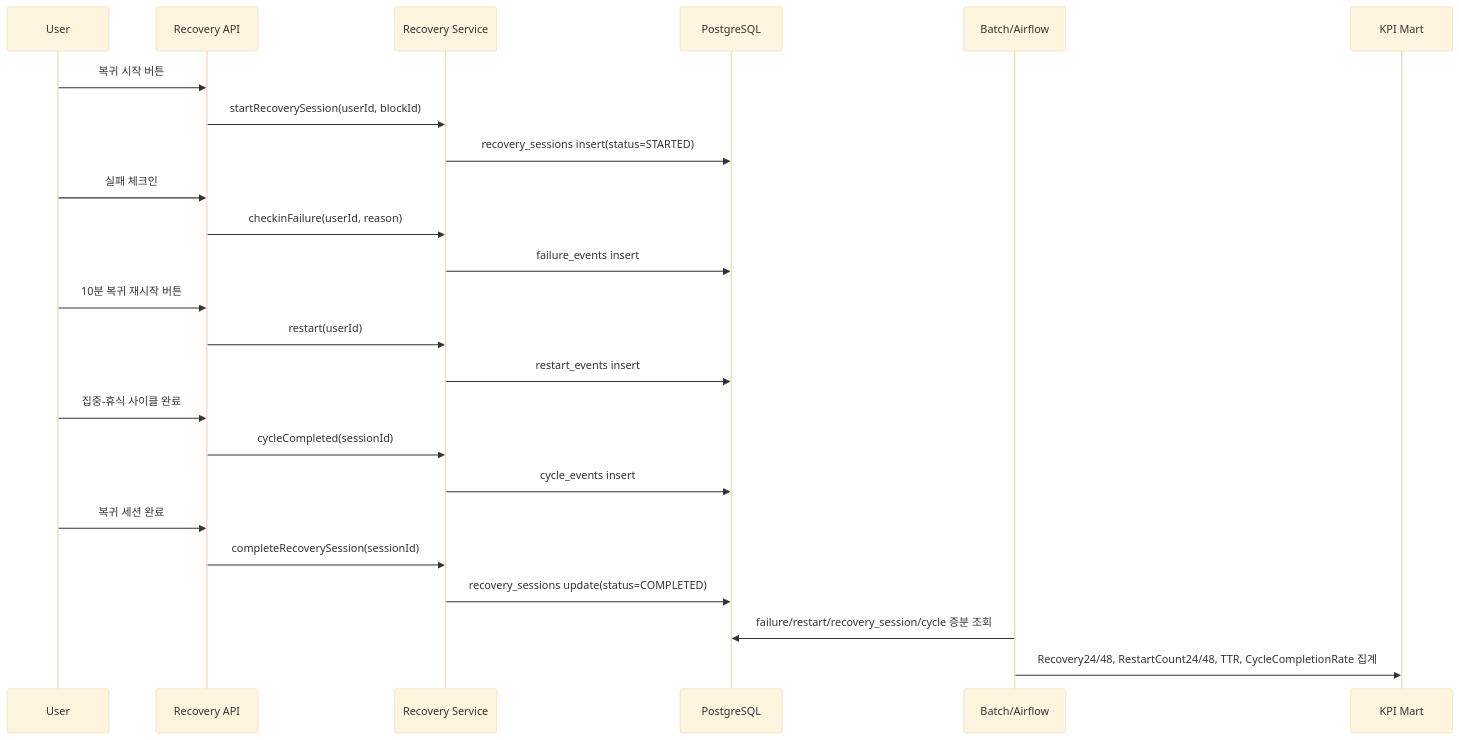
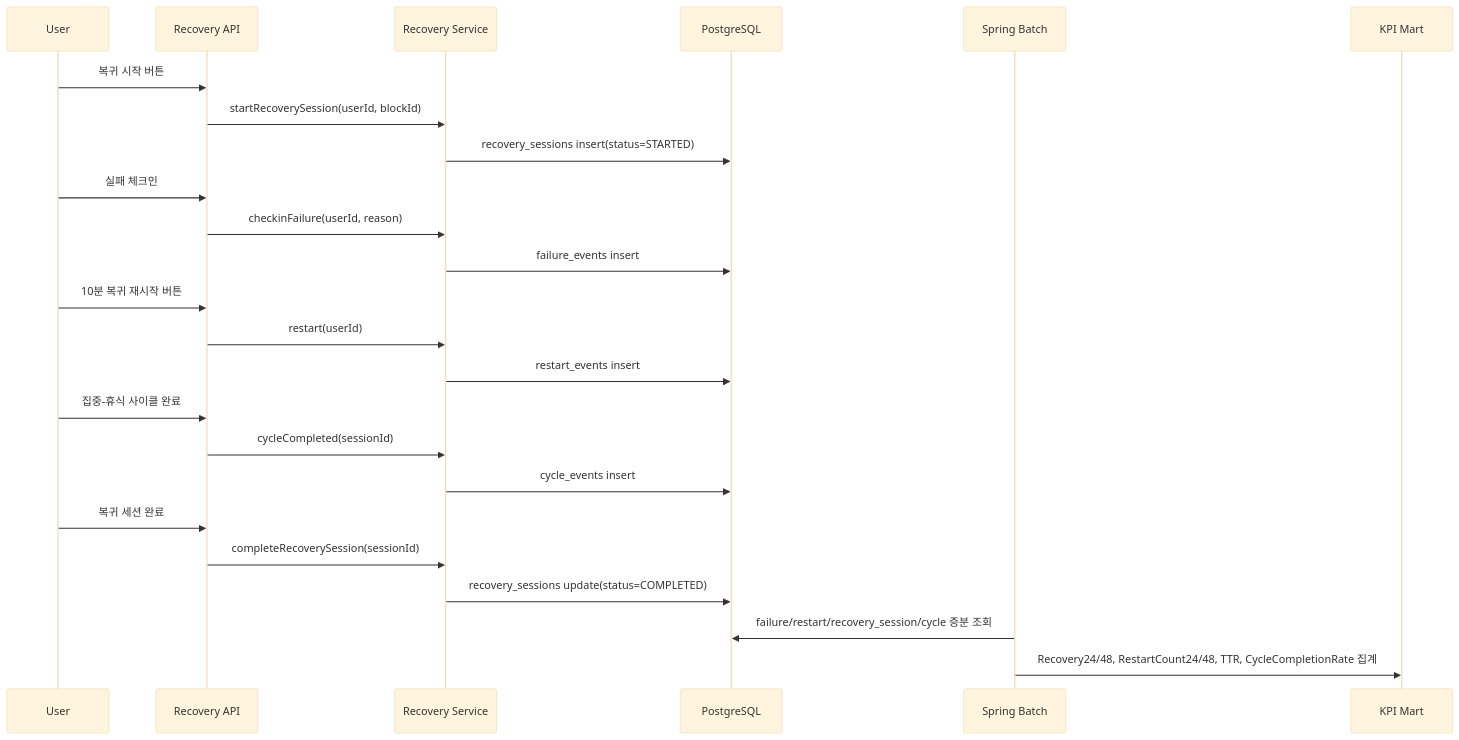
One commit to Scriptorium-Bright/focus-keeper-backend changed the third of 6 diagrams in docs/spec/KEY_FLOWS.md. Above: the diagram before and after it, drawn with Mermaid (base theme). The commit also changed other lines of this file and 12 other files, not shown here.

````diff
--- a/docs/spec/KEY_FLOWS.md
+++ b/docs/spec/KEY_FLOWS.md
@@ -212,27 +212,27 @@
 ```mermaid
 sequenceDiagram
   participant U as User
   participant API as Recovery API
   participant S as Recovery Service
   participant DB as PostgreSQL
-  participant B as Batch/Airflow
+  participant B as Spring Batch
   participant M as KPI Mart
 
   U->>API: 복귀 시작 버튼
   API->>S: startRecoverySession(userId, blockId)
   S->>DB: recovery_sessions insert(status=STARTED)
   U->>API: 실패 체크인
   API->>S: checkinFailure(userId, reason)
   S->>DB: failure_events insert
   U->>API: 10분 복귀 재시작 버튼
   API->>S: restart(userId)
   S->>DB: restart_events insert
   U->>API: 집중-휴식 사이클 완료
   API->>S: cycleCompleted(sessionId)
   S->>DB: cycle_events insert
   U->>API: 복귀 세션 완료
   API->>S: completeRecoverySession(sessionId)
   S->>DB: recovery_sessions update(status=COMPLETED)
   B->>DB: failure/restart/recovery_session/cycle 증분 조회
   B->>M: Recovery24/48, RestartCount24/48, TTR, CycleCompletionRate 집계
 ```
````
